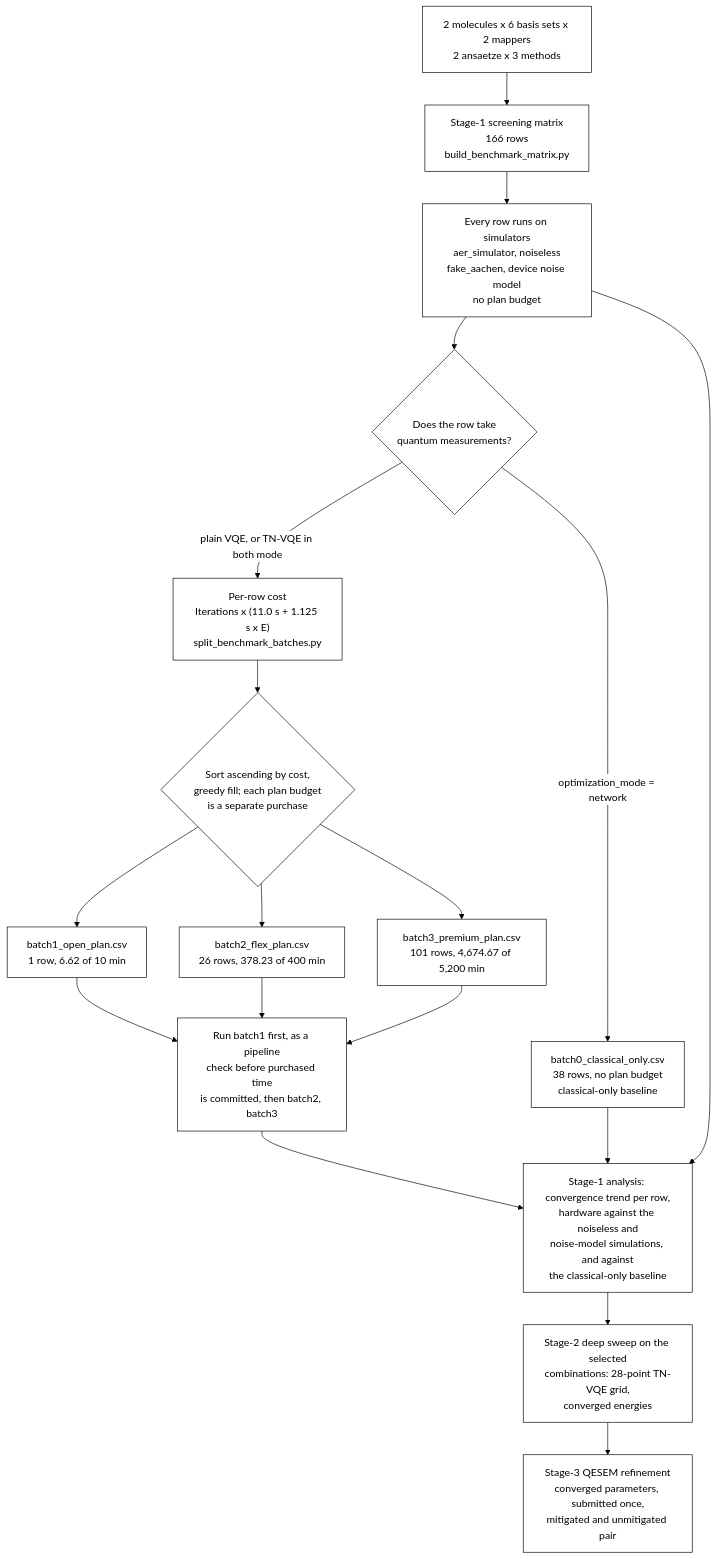
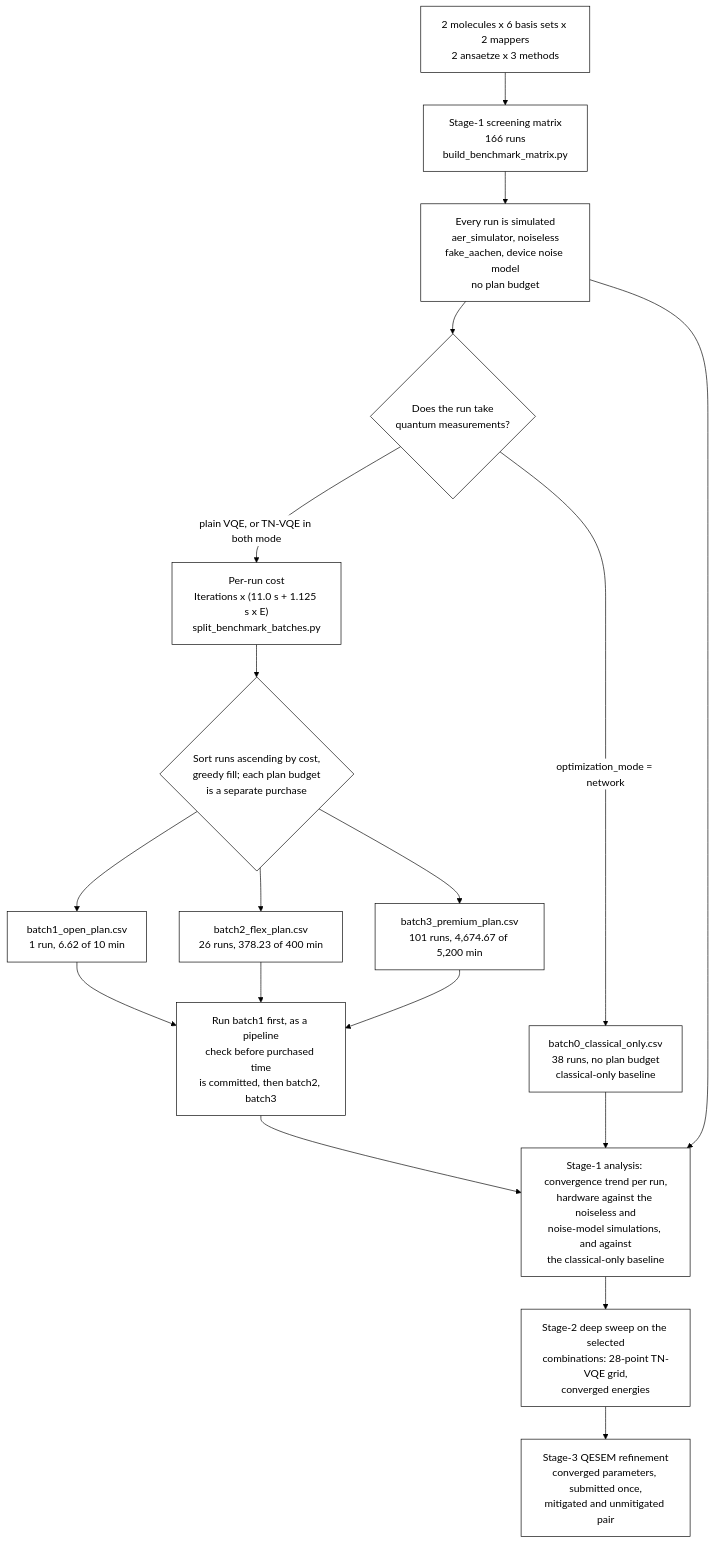
Before and after one commit to MQSdk/qpubench: the diagram in data/benchmarks/ibm_tn-vqe_qesem/README.md, drawn with Mermaid. The commit also changed other lines of this file and 15 other files, not shown here.

````diff
--- a/data/benchmarks/ibm_tn-vqe_qesem/README.md
+++ b/data/benchmarks/ibm_tn-vqe_qesem/README.md
@@ -277,28 +294,28 @@
 ```mermaid
 %%{init: {"theme": "base", "themeVariables": {"background": "#ffffff", "primaryColor": "#ffffff", "primaryBorderColor": "#000000", "primaryTextColor": "#000000", "lineColor": "#000000", "secondaryColor": "#ffffff", "tertiaryColor": "#ffffff", "clusterBkg": "#ffffff", "clusterBorder": "#000000", "edgeLabelBackground": "#ffffff", "fontFamily": "monospace"}}}%%
 flowchart TD
     A["2 molecules x 6 basis sets x 2 mappers<br/>2 ansaetze x 3 methods"]
-    A --> B["Stage-1 screening matrix<br/>166 rows<br/>build_benchmark_matrix.py"]
-    B --> S["Every row runs on simulators<br/>aer_simulator, noiseless<br/>fake_aachen, device noise model<br/>no plan budget"]
+    A --> B["Stage-1 screening matrix<br/>166 runs<br/>build_benchmark_matrix.py"]
+    B --> S["Every run is simulated<br/>aer_simulator, noiseless<br/>fake_aachen, device noise model<br/>no plan budget"]
 
-    S --> Z{"Does the row take<br/>quantum measurements?"}
-    Z -->|"optimization_mode = network"| Y["batch0_classical_only.csv<br/>38 rows, no plan budget<br/>classical-only baseline"]
-    Z -->|"plain VQE, or TN-VQE in both mode"| C["Per-row cost<br/>Iterations x (11.0 s + 1.125 s x E)<br/>split_benchmark_batches.py"]
+    S --> Z{"Does the run take<br/>quantum measurements?"}
+    Z -->|"optimization_mode = network"| Y["batch0_classical_only.csv<br/>38 runs, no plan budget<br/>classical-only baseline"]
+    Z -->|"plain VQE, or TN-VQE in both mode"| C["Per-run cost<br/>Iterations x (11.0 s + 1.125 s x E)<br/>split_benchmark_batches.py"]
 
-    C --> H{"Sort ascending by cost,<br/>greedy fill; each plan budget<br/>is a separate purchase"}
-    H --> I["batch1_open_plan.csv<br/>1 row, 6.62 of 10 min"]
-    H --> J["batch2_flex_plan.csv<br/>26 rows, 378.23 of 400 min"]
-    H --> K["batch3_premium_plan.csv<br/>101 rows, 4,674.67 of 5,200 min"]
+    C --> H{"Sort runs ascending by cost,<br/>greedy fill; each plan budget<br/>is a separate purchase"}
+    H --> I["batch1_open_plan.csv<br/>1 run, 6.62 of 10 min"]
+    H --> J["batch2_flex_plan.csv<br/>26 runs, 378.23 of 400 min"]
+    H --> K["batch3_premium_plan.csv<br/>101 runs, 4,674.67 of 5,200 min"]
     I --> R["Run batch1 first, as a pipeline<br/>check before purchased time<br/>is committed, then batch2, batch3"]
     J --> R
     K --> R
 
-    R --> N["Stage-1 analysis: convergence trend per row,<br/>hardware against the noiseless and<br/>noise-model simulations, and against<br/>the classical-only baseline"]
+    R --> N["Stage-1 analysis: convergence trend per run,<br/>hardware against the noiseless and<br/>noise-model simulations, and against<br/>the classical-only baseline"]
     Y --> N
     S --> N
     N --> O["Stage-2 deep sweep on the selected<br/>combinations: 28-point TN-VQE grid,<br/>converged energies"]
     O --> P["Stage-3 QESEM refinement<br/>converged parameters, submitted once,<br/>mitigated and unmitigated pair"]
 
     classDef bw fill:#ffffff,stroke:#000000,stroke-width:1px,color:#000000
     class A,B,C,H,I,J,K,N,O,P,R,S,Y,Z bw
 ```
````
